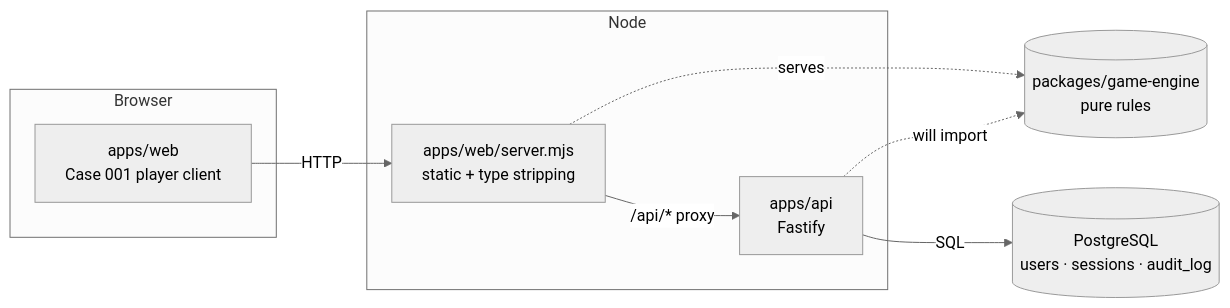
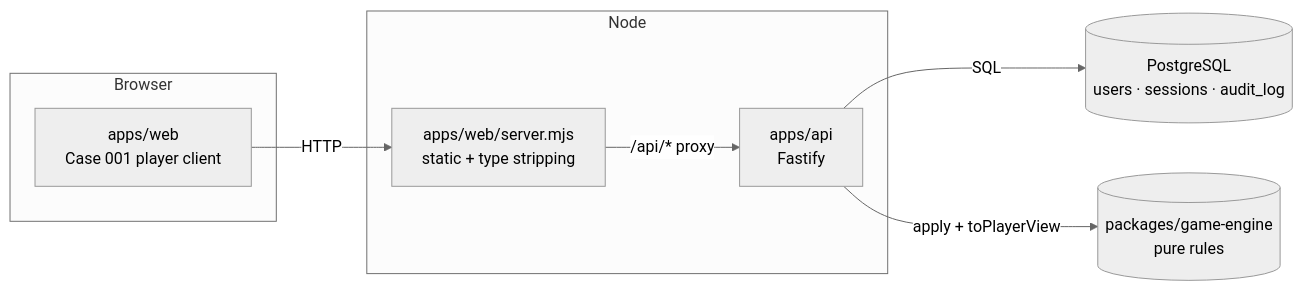
The first of 3 diagrams in docs/architecture/overview.md (lungelooZi/AFTERHOURS-source), drawn with Mermaid (neutral theme) before and after one commit. The commit also changed other lines of this file and 5 other files, not shown here.

````diff
--- a/docs/architecture/overview.md
+++ b/docs/architecture/overview.md
@@ -8,17 +8,16 @@
 ```mermaid
 flowchart LR
   subgraph Browser
     W[apps/web<br/>Case 001 player client]
   end
   subgraph Node
     WS[apps/web/server.mjs<br/>static + type stripping]
     API[apps/api<br/>Fastify]
   end
   GE[(packages/game-engine<br/>pure rules)]
   DB[(PostgreSQL<br/>users · sessions · audit_log)]
   W -- HTTP --> WS
-  WS -. serves .-> GE
   WS -- "/api/* proxy" --> API
   API -- SQL --> DB
-  API -. will import .-> GE
+  API -- "apply + toPlayerView" --> GE
 ```
````
